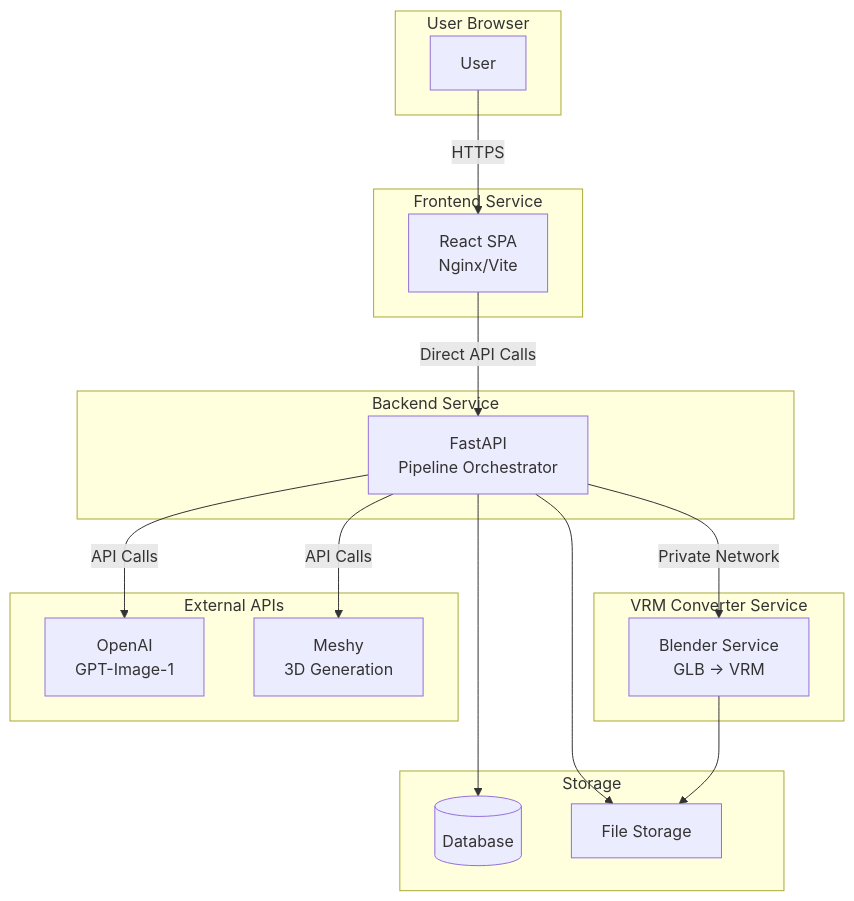
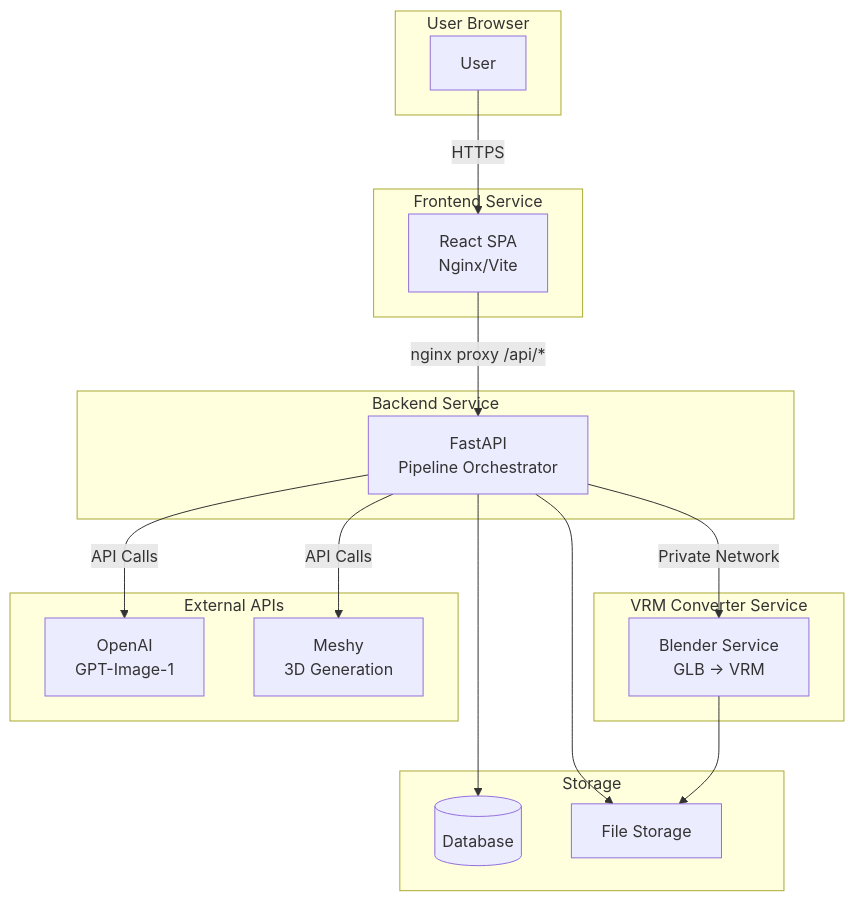
Before and after one commit to RazK/HeroMaker: the diagram in README.md, drawn with Mermaid. The commit also changed other lines of this file and 11 other files, not shown here.

````diff
--- a/README.md
+++ b/README.md
@@ -89,37 +102,37 @@
 ```mermaid
 graph TB
     subgraph "User Browser"
         User[User]
     end
     
     subgraph "Frontend Service"
         Frontend[React SPA<br/>Nginx/Vite]
     end
     
     subgraph "Backend Service"
         Backend[FastAPI<br/>Pipeline Orchestrator]
     end
     
     subgraph "VRM Converter Service"
         VRMConverter[Blender Service<br/>GLB → VRM]
     end
     
     subgraph "Storage"
         Database[(Database)]
         Files[File Storage]
     end
     
     subgraph "External APIs"
         OpenAI[OpenAI<br/>GPT-Image-1]
         Meshy[Meshy<br/>3D Generation]
     end
     
     User -->|HTTPS| Frontend
-    Frontend -->|Direct API Calls| Backend
+    Frontend -->|nginx proxy /api/*| Backend
     Backend -->|Private Network| VRMConverter
     Backend -->|API Calls| OpenAI
     Backend -->|API Calls| Meshy
     Backend --> Database
     Backend --> Files
     VRMConverter --> Files
 ```
````
